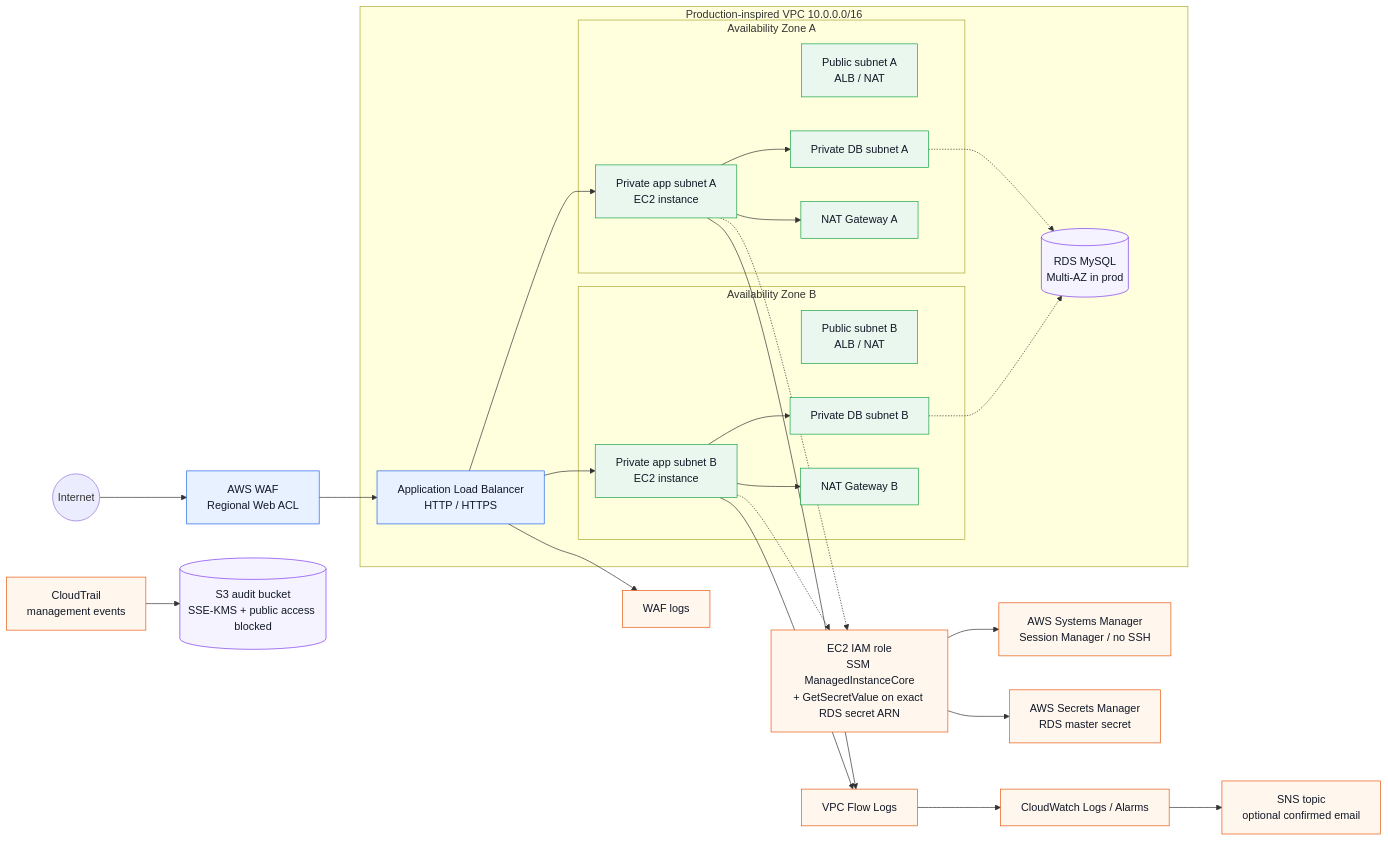
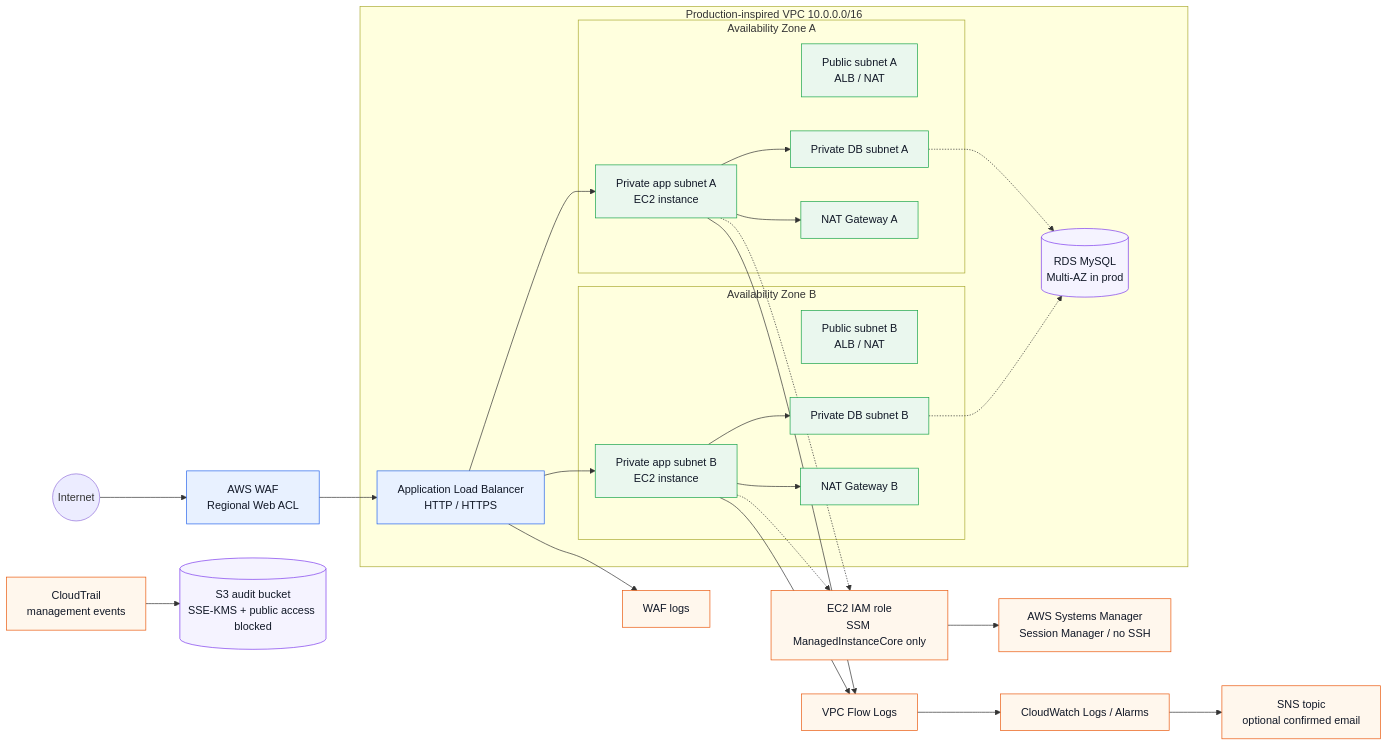
The diagram in architecture/architecture-diagram.mmd (karimrabiee/AWS-Secure-Scalable-Web-Application-Architecture), drawn with Mermaid before and after one commit. The commit also changed 28 other files, not shown here.

```diff
--- a/architecture/architecture-diagram.mmd
+++ b/architecture/architecture-diagram.mmd
@@ -1,47 +1,46 @@
 flowchart LR
   Internet((Internet)) --> WAF[AWS WAF<br/>Regional Web ACL]
   WAF --> ALB[Application Load Balancer<br/>HTTP / HTTPS]
 
   subgraph VPC[Production-inspired VPC 10.0.0.0/16]
     subgraph AZA[Availability Zone A]
       PubA[Public subnet A<br/>ALB / NAT]
       AppA[Private app subnet A<br/>EC2 instance]
       DBA[Private DB subnet A]
       NATA[NAT Gateway A]
     end
     subgraph AZB[Availability Zone B]
       PubB[Public subnet B<br/>ALB / NAT]
       AppB[Private app subnet B<br/>EC2 instance]
       DBB[Private DB subnet B]
       NATB[NAT Gateway B]
     end
     ALB --> AppA
     ALB --> AppB
     AppA --> DBA
     AppB --> DBB
     AppA --> NATA
     AppB --> NATB
     DBA -.-> RDS[(RDS MySQL<br/>Multi-AZ in prod)]
     DBB -.-> RDS
   end
 
-  AppA -.-> Role[EC2 IAM role<br/>SSM ManagedInstanceCore<br/>+ GetSecretValue on exact RDS secret ARN]
+  AppA -.-> Role[EC2 IAM role<br/>SSM ManagedInstanceCore only]
   AppB -.-> Role
   Role --> SSM[AWS Systems Manager<br/>Session Manager / no SSH]
-  Role --> Secrets[AWS Secrets Manager<br/>RDS master secret]
 
   ALB --> WAFLogs[WAF logs]
   AppA --> Flow[VPC Flow Logs]
   AppB --> Flow
   Flow --> CW[CloudWatch Logs / Alarms]
   CW --> SNS[SNS topic<br/>optional confirmed email]
   CloudTrail[CloudTrail<br/>management events] --> Audit[(S3 audit bucket<br/>SSE-KMS + public access blocked)]
 
   classDef edge fill:#e8f1ff,stroke:#2563eb,color:#111827
   classDef private fill:#eaf7ee,stroke:#16a34a,color:#111827
   classDef security fill:#fff7ed,stroke:#ea580c,color:#111827
   classDef data fill:#f5f3ff,stroke:#7c3aed,color:#111827
   class WAF,ALB edge
   class AppA,AppB,DBA,DBB,NATA,NATB,PubA,PubB private
-  class Role,SSM,Secrets,WAFLogs,Flow,CW,SNS,CloudTrail security
+  class Role,SSM,WAFLogs,Flow,CW,SNS,CloudTrail security
   class RDS,Audit data
```
